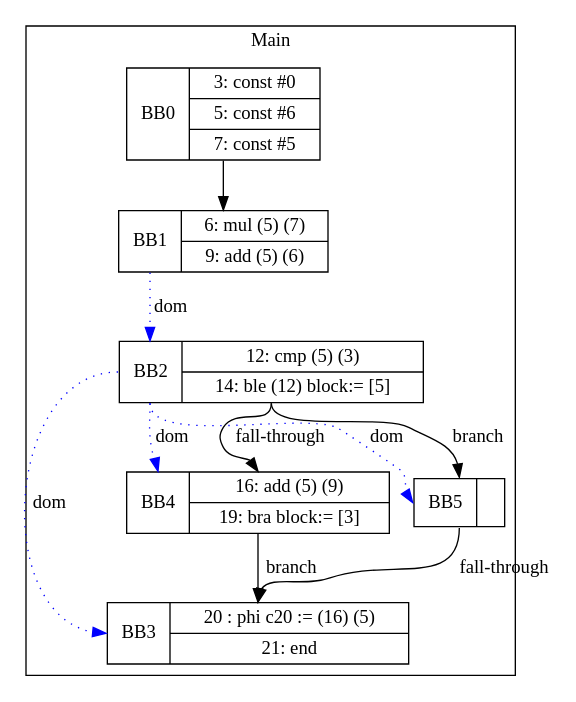
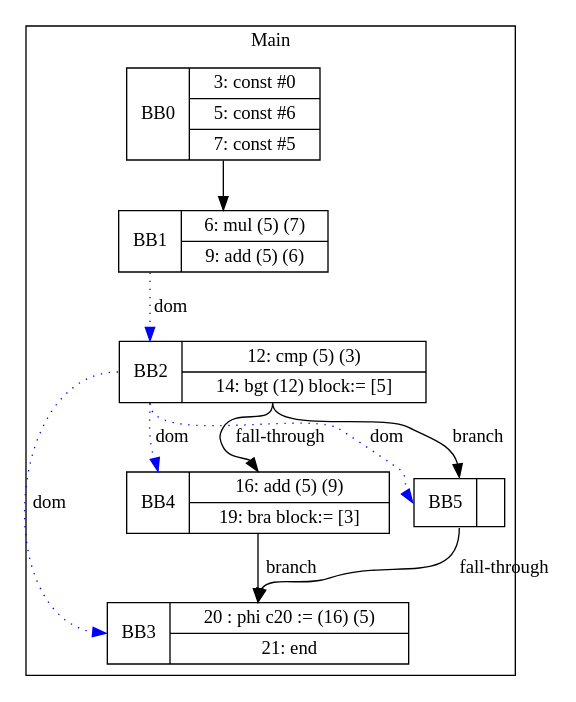
One commit to zjc664656505/UCI-CS241-Advanced-Compiler-main changed the diagram in visualization/Ricky/ifTests/ifElseTest.gv. Above: the diagram before and after it, drawn with Graphviz. The commit also changed 20 other files, not shown here.

```diff
--- a/visualization/Ricky/ifTests/ifElseTest.gv
+++ b/visualization/Ricky/ifTests/ifElseTest.gv
@@ -1,21 +1,21 @@
 digraph G {
 node [shape=record];
 subgraph cluster_main{
 label = "Main";
 BB0 [shape=record, label="<b>BB0|{3: const #0|5: const #6|7: const #5}"];
 BB1 [shape=record, label="<b>BB1|{6: mul (5) (7)|9: add (5) (6)}"];
-BB2 [shape=record, label="<b>BB2|{12: cmp (5) (3)|14: ble (12) block:= [5]}"];
+BB2 [shape=record, label="<b>BB2|{12: cmp (5) (3)|14: bgt (12) block:= [5]}"];
 BB3 [shape=record, label="<b>BB3|{20 : phi c20 := (16) (5)|21: end}"];
 BB4 [shape=record, label="<b>BB4|{16: add (5) (9)|19: bra block:= [3]}"];
 BB5 [shape=record, label="<b>BB5|}"];
 }
 BB0:s -> BB1:n ;
 BB2:b -> BB3:b [color=blue, style=dotted, label="dom"];
 BB2:b -> BB4:b [color=blue, style=dotted, label="dom"];
 BB1:b -> BB2:b [color=blue, style=dotted, label="dom"];
 BB2:b -> BB5:b [color=blue, style=dotted, label="dom"];
 BB2:s -> BB5:n [label="branch"];
 BB4:s -> BB3:n [label="branch"];
 BB5:s -> BB3:n [label="fall-through"];
 BB2:s -> BB4:n [label="fall-through"];
 }
```
